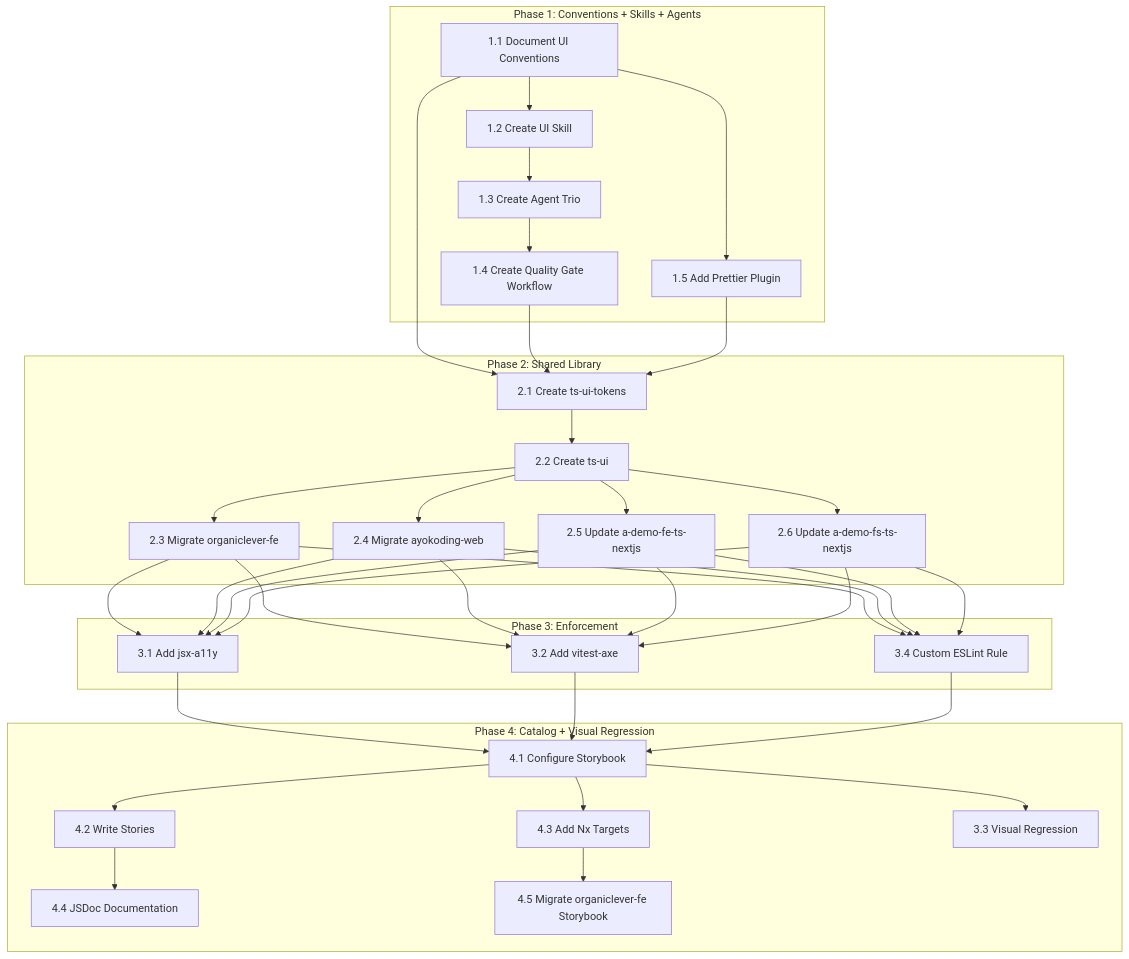
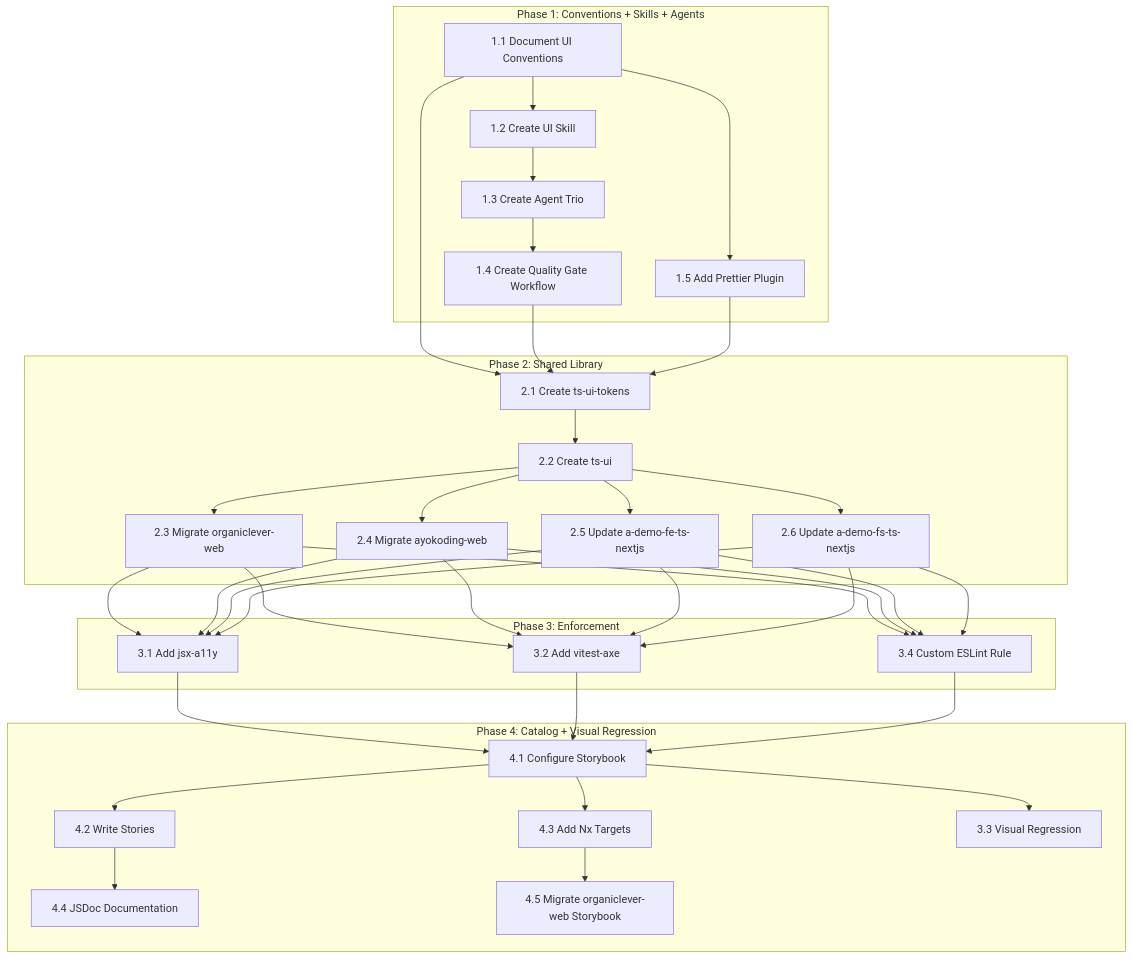
One commit to wahidyankf/open-sharia-enterprise changed the diagram in plans/done/2026-03-27__ui-development-improvement/delivery.md. Above: the diagram before and after it, drawn with Mermaid. The commit also changed other lines of this file and 193 other files, not shown here.

First line of the commit message:
refactor(organiclever): rename organiclever-fe* to organiclever-web*

````diff
--- a/plans/done/2026-03-27__ui-development-improvement/delivery.md
+++ b/plans/done/2026-03-27__ui-development-improvement/delivery.md
@@ -382,54 +382,54 @@
 ```mermaid
 flowchart TD
   subgraph Phase1[Phase 1: Conventions + Skills + Agents]
     A[1.1 Document UI Conventions]
     B[1.2 Create UI Skill]
     C[1.3 Create Agent Trio]
     D[1.4 Create Quality Gate Workflow]
     D2[1.5 Add Prettier Plugin]
     A --> B
     A --> D2
     B --> C
     C --> D
   end
 
   subgraph Phase2[Phase 2: Shared Library]
     E[2.1 Create ts-ui-tokens]
     F[2.2 Create ts-ui]
-    G[2.3 Migrate organiclever-fe]
+    G[2.3 Migrate organiclever-web]
     H[2.4 Migrate ayokoding-web]
     I[2.5 Update a-demo-fe-ts-nextjs]
     J[2.6 Update a-demo-fs-ts-nextjs]
     E --> F
     F --> G
     F --> H
     F --> I
     F --> J
   end
 
   subgraph Phase3[Phase 3: Enforcement]
     K[3.1 Add jsx-a11y]
     L[3.2 Add vitest-axe]
     N[3.4 Custom ESLint Rule]
   end
 
   subgraph Phase4[Phase 4: Catalog + Visual Regression]
     O[4.1 Configure Storybook]
     P[4.2 Write Stories]
     Q[4.3 Add Nx Targets]
     R[4.4 JSDoc Documentation]
-    S[4.5 Migrate organiclever-fe Storybook]
+    S[4.5 Migrate organiclever-web Storybook]
     M[3.3 Visual Regression]
     O --> P
     O --> Q
     O --> M
     P --> R
     Q --> S
   end
 
   A & D & D2 --> E
   G & H & I & J --> K
   G & H & I & J --> L
   G & H & I & J --> N
   K & L & N --> O
 ```
````
